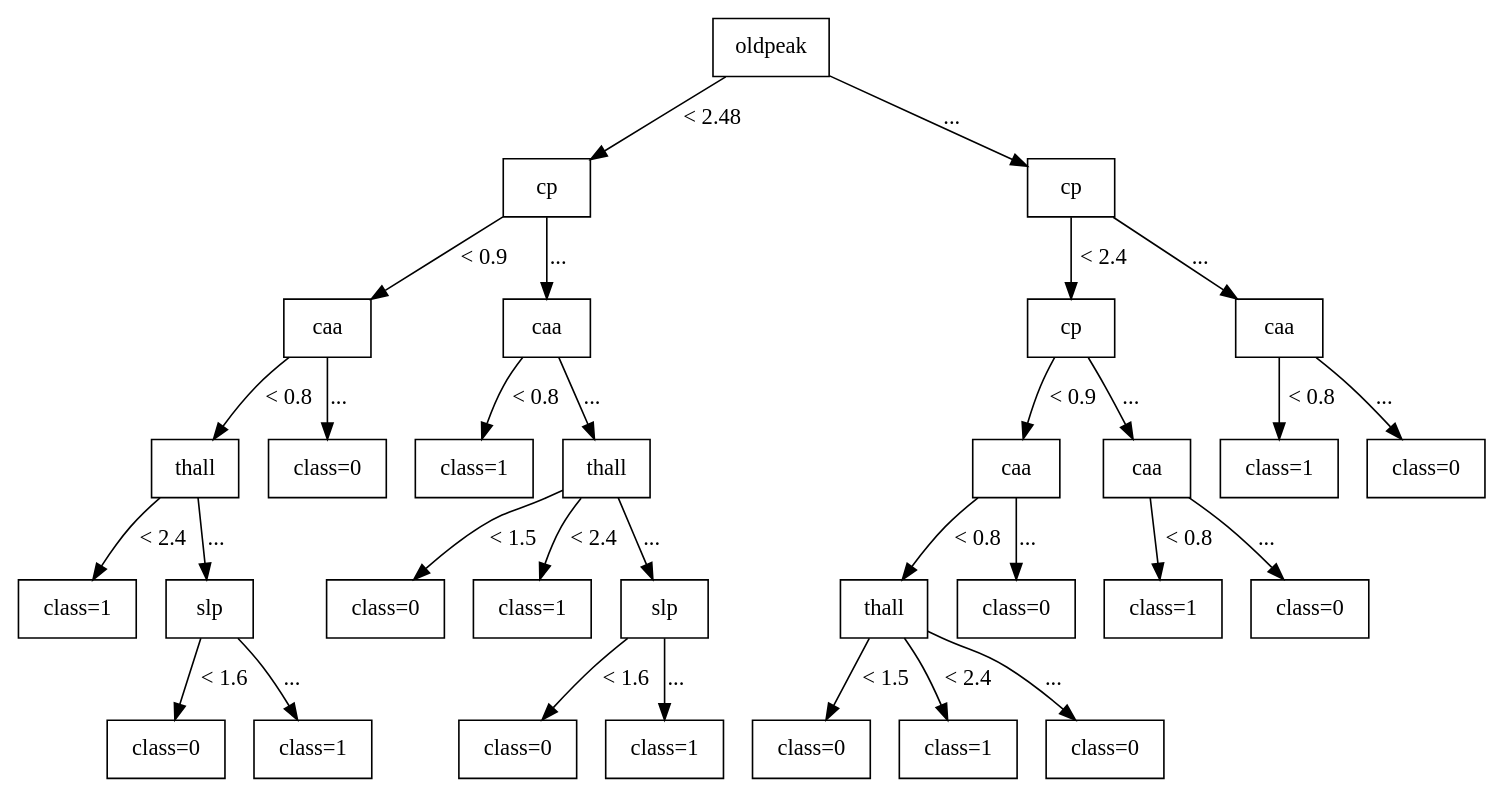
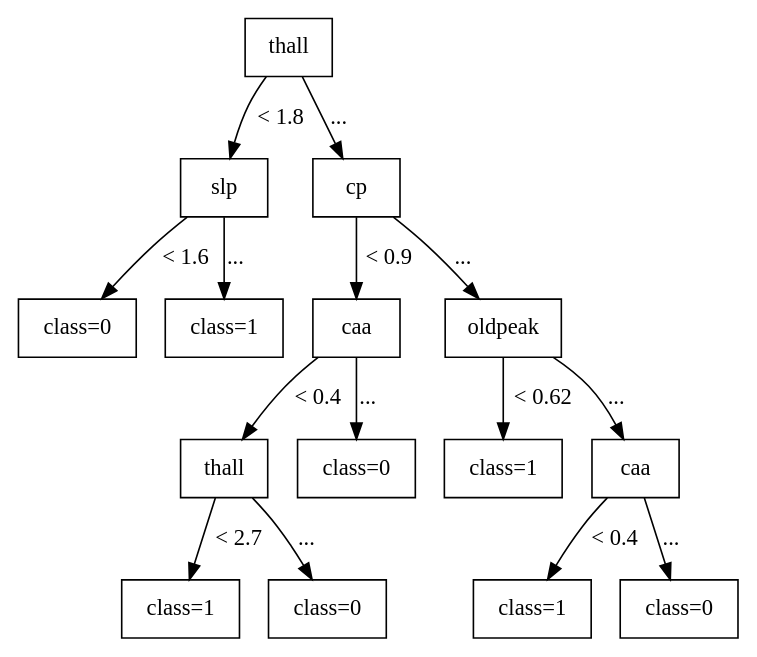
One commit to TakuyaMitarai/NSSESAT_Visualizer changed the diagram in NSSESAT_backend/new_tree.dot. Above: the diagram before and after it, drawn with Graphviz. The commit also changed 18 other files, not shown here.

```diff
--- a/NSSESAT_backend/new_tree.dot
+++ b/NSSESAT_backend/new_tree.dot
@@ -1,77 +1,43 @@
 digraph G {
 node [shape=box];
 node [style=filled, fillcolor=white];
 
-0 [label="oldpeak"];
+0 [label="thall"];
 
-1 [label="cp"];
-17 [label="cp"];
+1 [label="slp"];
+4 [label="cp"];
 
-0 -> 1 [label="< 2.48"];
-0 -> 17 [label="..."];
+0 -> 1 [label="< 1.8"];
+0 -> 4 [label="..."];
 
-2 [label="caa"];
-9 [label="caa"];
-18 [label="cp"];
-28 [label="caa"];
+2 [label="class=0"];
+3 [label="class=1"];
+5 [label="caa"];
+10 [label="oldpeak"];
 
-1 -> 2 [label="< 0.9"];
-1 -> 9 [label="..."];
-17 -> 18 [label="< 2.4"];
-17 -> 28 [label="..."];
+1 -> 2 [label="< 1.6"];
+1 -> 3 [label="..."];
+4 -> 5 [label="< 0.9"];
+4 -> 10 [label="..."];
 
-3 [label="thall"];
+6 [label="thall"];
+9 [label="class=0"];
+11 [label="class=1"];
+12 [label="caa"];
+
+5 -> 6 [label="< 0.4"];
+5 -> 9 [label="..."];
+10 -> 11 [label="< 0.62"];
+10 -> 12 [label="..."];
+
+7 [label="class=1"];
 8 [label="class=0"];
-10 [label="class=1"];
-11 [label="thall"];
-19 [label="caa"];
-25 [label="caa"];
-29 [label="class=1"];
-30 [label="class=0"];
+13 [label="class=1"];
+14 [label="class=0"];
 
-2 -> 3 [label="< 0.8"];
-2 -> 8 [label="..."];
-9 -> 10 [label="< 0.8"];
-9 -> 11 [label="..."];
-18 -> 19 [label="< 0.9"];
-18 -> 25 [label="..."];
-28 -> 29 [label="< 0.8"];
-28 -> 30 [label="..."];
-
-4 [label="class=1"];
-5 [label="slp"];
-12 [label="class=0"];
-13 [label="class=1"];
-14 [label="slp"];
-20 [label="thall"];
-24 [label="class=0"];
-26 [label="class=1"];
-27 [label="class=0"];
-
-3 -> 4 [label="< 2.4"];
-3 -> 5 [label="..."];
-11 -> 12 [label="< 1.5"];
-11 -> 13 [label="< 2.4"];
-11 -> 14 [label="..."];
-19 -> 20 [label="< 0.8"];
-19 -> 24 [label="..."];
-25 -> 26 [label="< 0.8"];
-25 -> 27 [label="..."];
-
-6 [label="class=0"];
-7 [label="class=1"];
-15 [label="class=0"];
-16 [label="class=1"];
-21 [label="class=0"];
-22 [label="class=1"];
-23 [label="class=0"];
-
-5 -> 6 [label="< 1.6"];
-5 -> 7 [label="..."];
-14 -> 15 [label="< 1.6"];
-14 -> 16 [label="..."];
-20 -> 21 [label="< 1.5"];
-20 -> 22 [label="< 2.4"];
-20 -> 23 [label="..."];
+6 -> 7 [label="< 2.7"];
+6 -> 8 [label="..."];
+12 -> 13 [label="< 0.4"];
+12 -> 14 [label="..."];
 
 }
```
